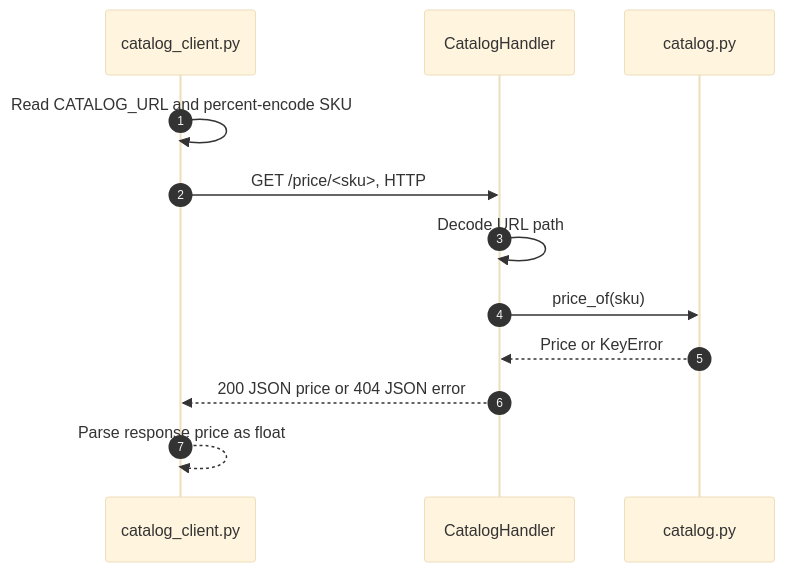
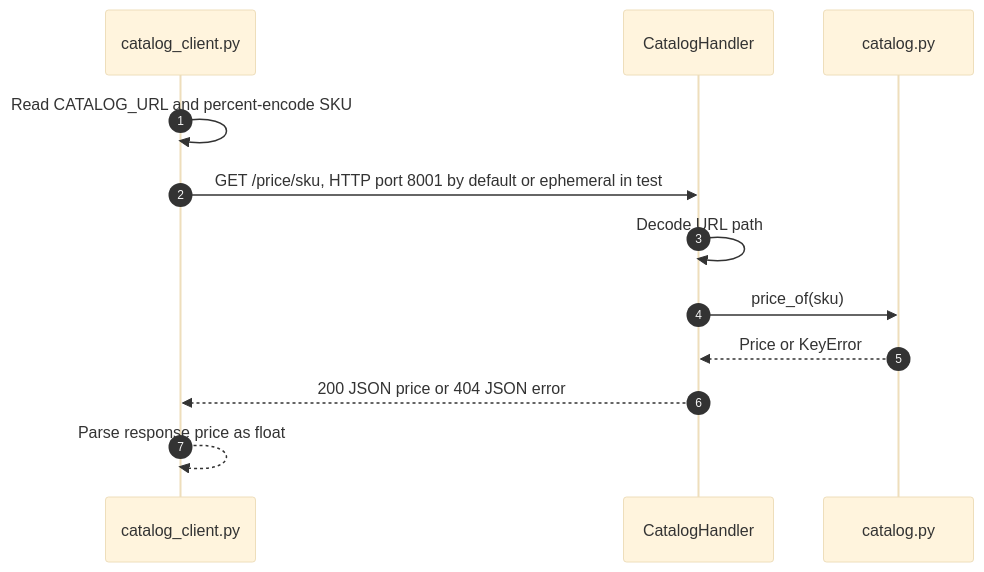
One commit to vishalc412/bible-mode-b-test changed the seventh of 10 diagrams in codebase-analysis/hld/05-key-flows.md. Above: the diagram before and after it, drawn with Mermaid (base theme). The commit also changed other lines of this file and 27 other files, not shown here.

````diff
--- a/codebase-analysis/hld/05-key-flows.md
+++ b/codebase-analysis/hld/05-key-flows.md
@@ -269,14 +269,14 @@
 ```mermaid
 sequenceDiagram
   autonumber
   participant Client as catalog_client.py
   participant Server as CatalogHandler
   participant Catalog as catalog.py
   Client->>Client: Read CATALOG_URL and percent-encode SKU
-  Client->>Server: GET /price/<sku>, HTTP
+  Client->>Server: GET /price/sku, HTTP port 8001 by default or ephemeral in test
   Server->>Server: Decode URL path
   Server->>Catalog: price_of(sku)
   Catalog-->>Server: Price or KeyError
   Server-->>Client: 200 JSON price or 404 JSON error
   Client-->>Client: Parse response price as float
 ```
````
